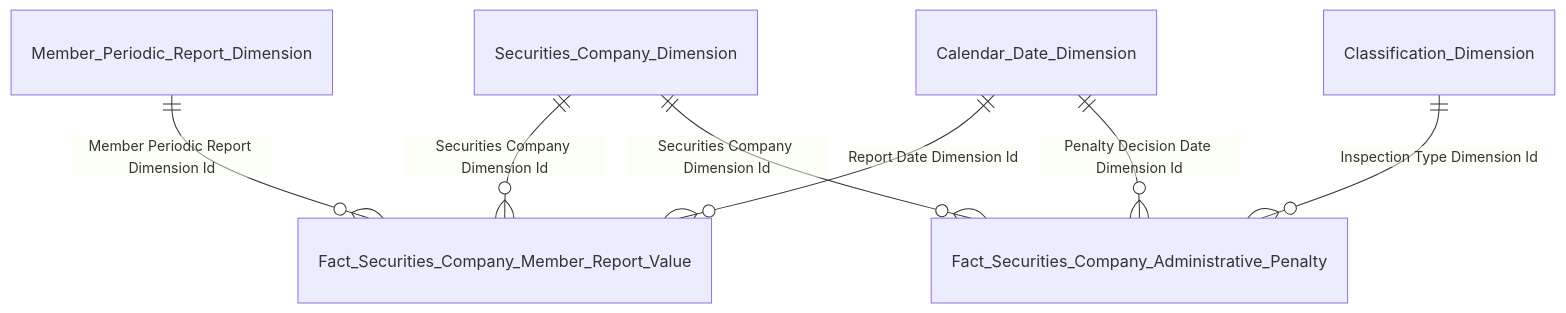
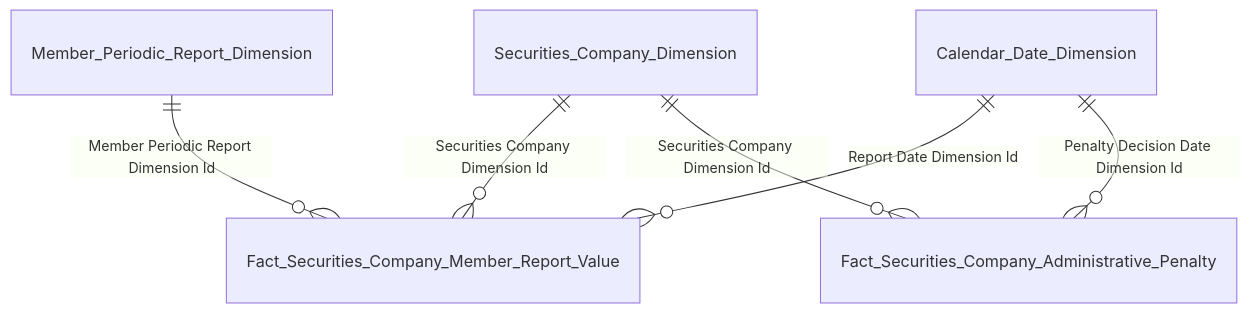
Diagram 41 of 44 in Gold/hld/GOLD_QLKD_HLD.md (linhlvit/ubck_atomic_design), drawn with Mermaid before and after one commit. The commit also changed other lines of this file and 4 other files, not shown here.

````diff
--- a/Gold/hld/GOLD_QLKD_HLD.md
+++ b/Gold/hld/GOLD_QLKD_HLD.md
@@ -1805,9 +1805,8 @@
 ```mermaid
 erDiagram
     Member_Periodic_Report_Dimension ||--o{ Fact_Securities_Company_Member_Report_Value : "Member Periodic Report Dimension Id"
     Securities_Company_Dimension ||--o{ Fact_Securities_Company_Member_Report_Value : "Securities Company Dimension Id"
     Calendar_Date_Dimension ||--o{ Fact_Securities_Company_Member_Report_Value : "Report Date Dimension Id"
     Calendar_Date_Dimension ||--o{ Fact_Securities_Company_Administrative_Penalty : "Penalty Decision Date Dimension Id"
     Securities_Company_Dimension ||--o{ Fact_Securities_Company_Administrative_Penalty : "Securities Company Dimension Id"
-    Classification_Dimension ||--o{ Fact_Securities_Company_Administrative_Penalty : "Inspection Type Dimension Id"
 ```
````
